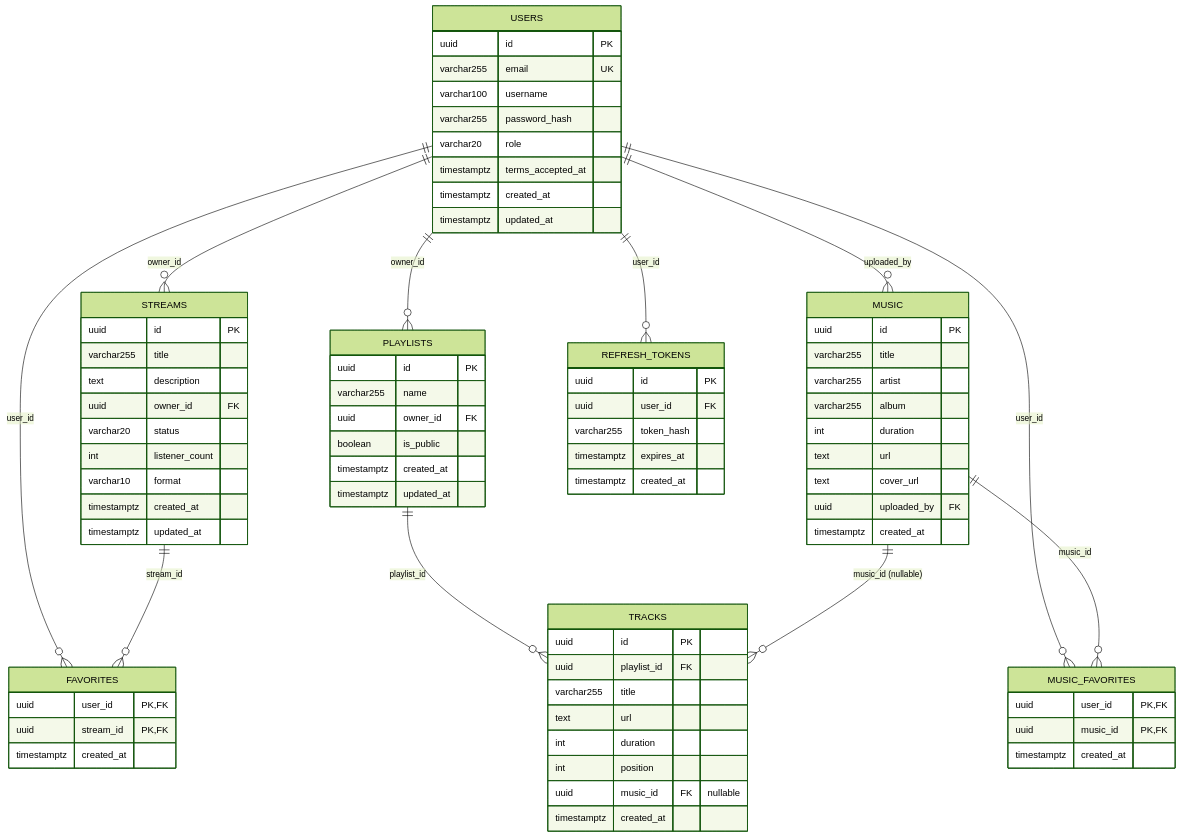
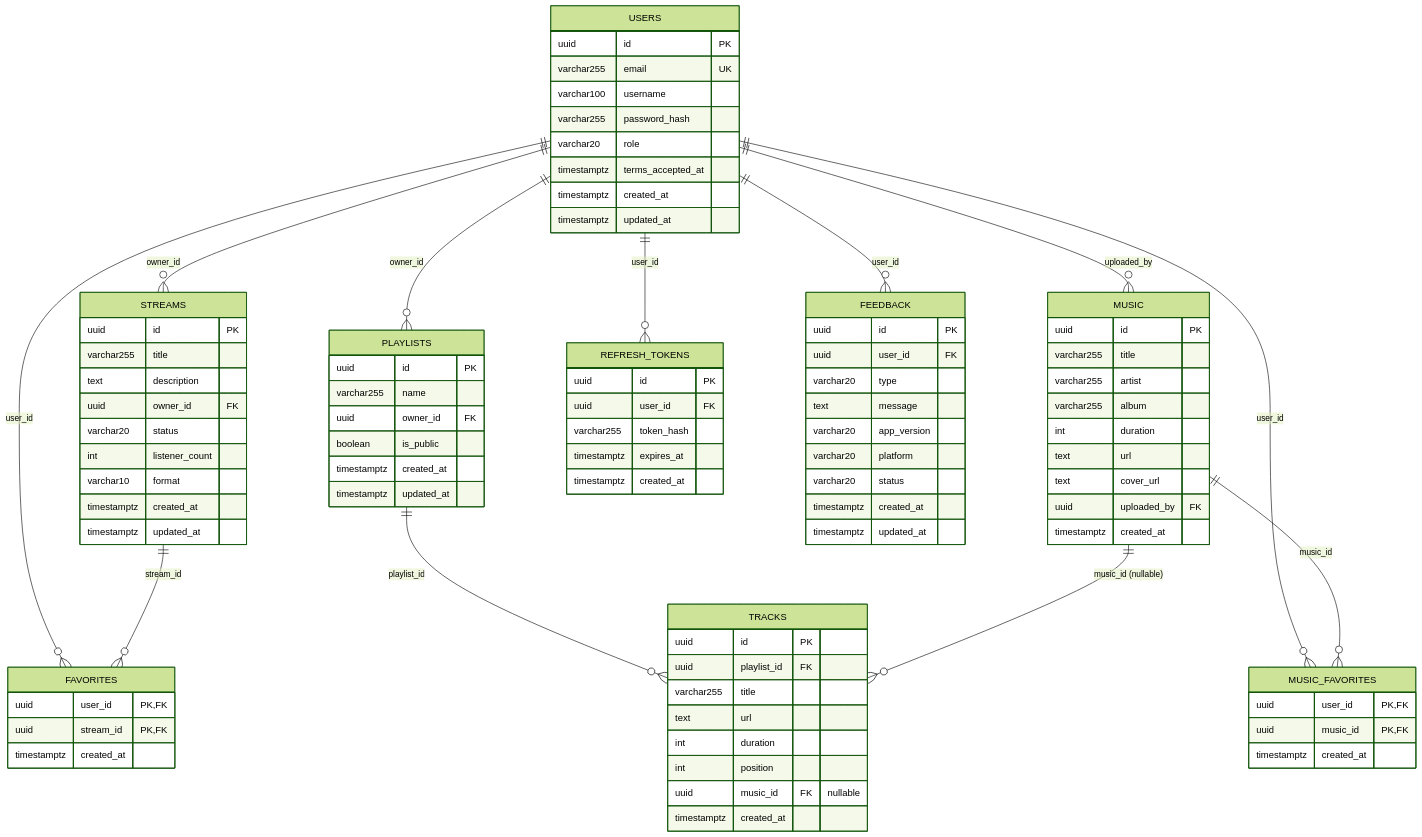
The diagram in docs/base-de-donnees.md (EkinL/streampulse), drawn with Mermaid (forest theme) before and after one commit. The commit also changed other lines of this file and 23 other files, not shown here.

````diff
--- a/docs/base-de-donnees.md
+++ b/docs/base-de-donnees.md
@@ -80,6 +85,7 @@
     USERS ||--o{ REFRESH_TOKENS : "user_id"
     USERS ||--o{ FAVORITES : "user_id"
     USERS ||--o{ MUSIC_FAVORITES : "user_id"
+    USERS ||--o{ FEEDBACK : "user_id"
     STREAMS ||--o{ FAVORITES : "stream_id"
     PLAYLISTS ||--o{ TRACKS : "playlist_id"
     MUSIC ||--o{ TRACKS : "music_id (nullable)"
@@ -159,4 +165,16 @@
         uuid music_id PK,FK
         timestamptz created_at
     }
+
+    FEEDBACK {
+        uuid id PK
+        uuid user_id FK
+        varchar20 type
+        text message
+        varchar20 app_version
+        varchar20 platform
+        varchar20 status
+        timestamptz created_at
+        timestamptz updated_at
+    }
 ```
````
